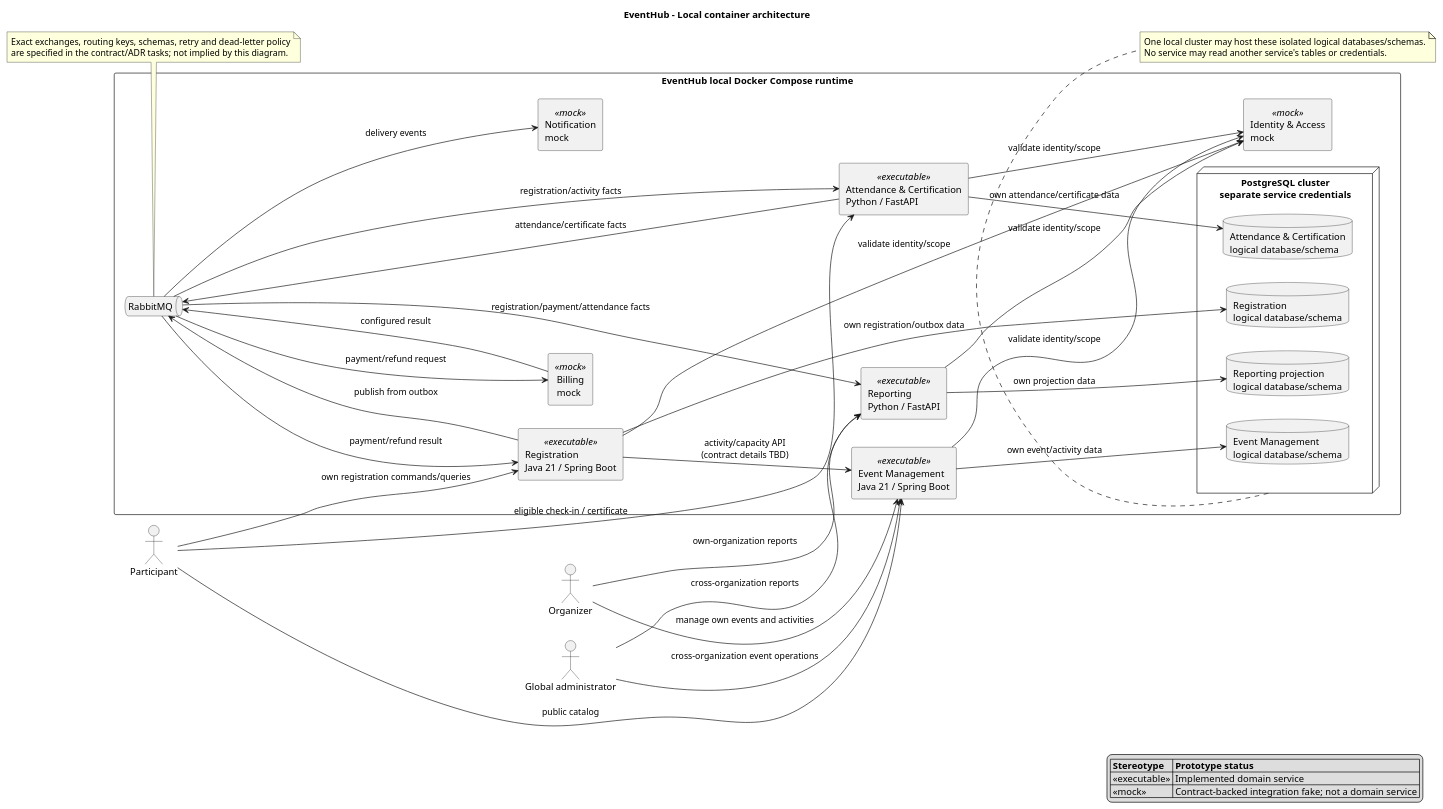
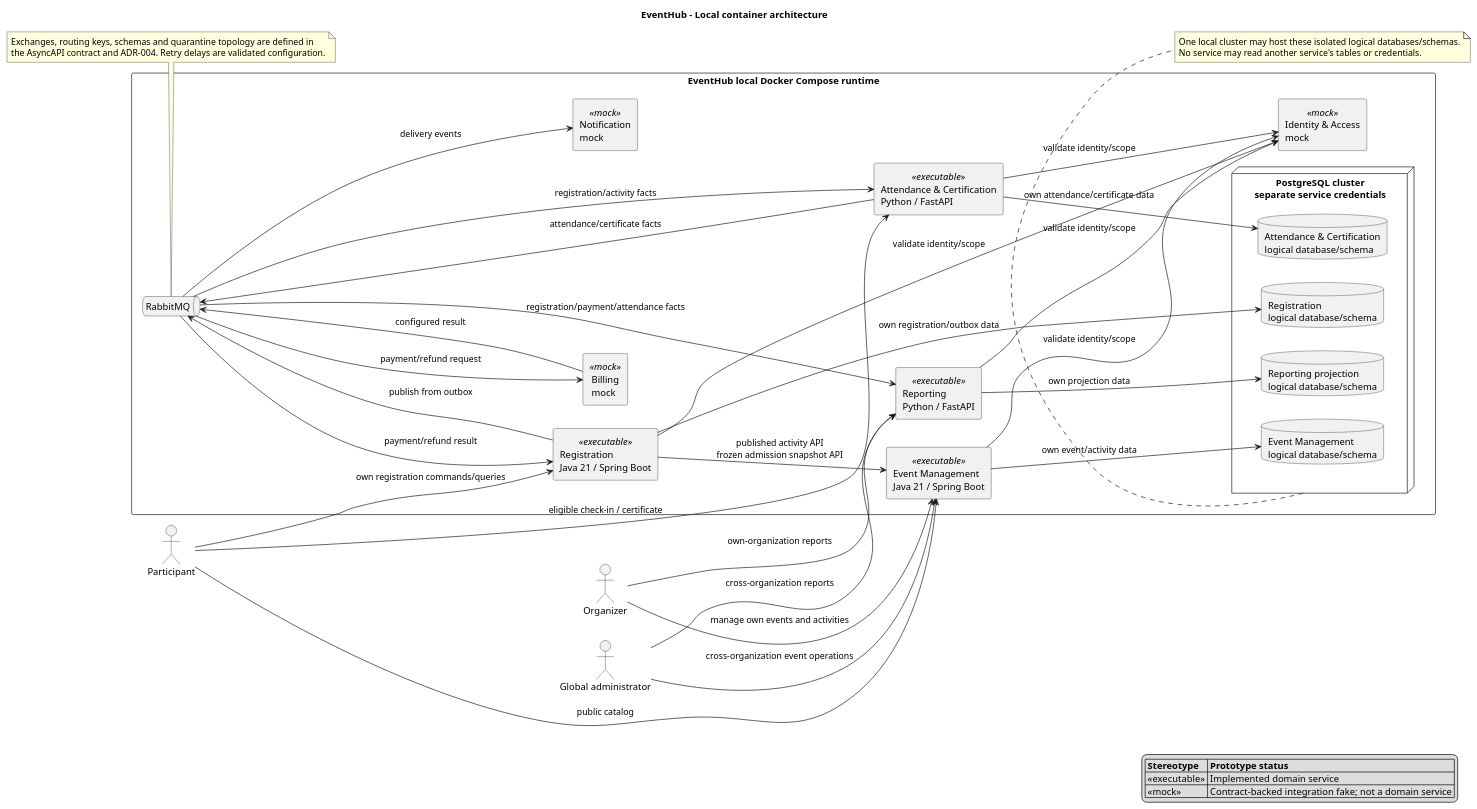
One commit to nosredna123/uece_2026-2_arq_trab2 changed the diagram in docs/architecture/containers.puml. Above: the diagram before and after it, drawn with PlantUML. The commit also changed 9 other files, not shown here.

```diff
--- a/docs/architecture/containers.puml
+++ b/docs/architecture/containers.puml
@@ -1,74 +1,74 @@
 @startuml
 title EventHub - Local container architecture
 left to right direction
 skinparam componentStyle rectangle
 skinparam packageStyle rectangle
 skinparam shadowing false
 
 actor Participant
 actor Organizer
 actor "Global administrator" as GlobalAdmin
 
 rectangle "EventHub local Docker Compose runtime" {
   component "Identity & Access\nmock" as Identity <<mock>>
   component "Event Management\nJava 21 / Spring Boot" as Events <<executable>>
   component "Registration\nJava 21 / Spring Boot" as Registration <<executable>>
   component "Billing\nmock" as Billing <<mock>>
   component "Notification\nmock" as Notification <<mock>>
   component "Attendance & Certification\nPython / FastAPI" as Attendance <<executable>>
   component "Reporting\nPython / FastAPI" as Reporting <<executable>>
 
   queue "RabbitMQ" as RabbitMQ
 
   node "PostgreSQL cluster\nseparate service credentials" as PostgreSQL {
     database "Event Management\nlogical database/schema" as EventData
     database "Registration\nlogical database/schema" as RegistrationData
     database "Attendance & Certification\nlogical database/schema" as AttendanceData
     database "Reporting projection\nlogical database/schema" as ReportingData
   }
 }
 
 Participant --> Events : public catalog
 Participant --> Registration : own registration commands/queries
 Participant --> Attendance : eligible check-in / certificate
 Organizer --> Events : manage own events and activities
 Organizer --> Reporting : own-organization reports
 GlobalAdmin --> Events : cross-organization event operations
 GlobalAdmin --> Reporting : cross-organization reports
 
 Events --> Identity : validate identity/scope
 Registration --> Identity : validate identity/scope
 Attendance --> Identity : validate identity/scope
 Reporting --> Identity : validate identity/scope
 
 Events --> EventData : own event/activity data
 Registration --> RegistrationData : own registration/outbox data
 Attendance --> AttendanceData : own attendance/certificate data
 Reporting --> ReportingData : own projection data
 
-Registration --> Events : activity/capacity API\n(contract details TBD)
+Registration --> Events : published activity API\nfrozen admission snapshot API
 Registration --> RabbitMQ : publish from outbox
 RabbitMQ --> Billing : payment/refund request
 Billing --> RabbitMQ : configured result
 RabbitMQ --> Registration : payment/refund result
 RabbitMQ --> Notification : delivery events
 RabbitMQ --> Attendance : registration/activity facts
 Attendance --> RabbitMQ : attendance/certificate facts
 RabbitMQ --> Reporting : registration/payment/attendance facts
 
 note bottom of PostgreSQL
 One local cluster may host these isolated logical databases/schemas.
 No service may read another service's tables or credentials.
 end note
 
 note bottom of RabbitMQ
-Exact exchanges, routing keys, schemas, retry and dead-letter policy
-are specified in the contract/ADR tasks; not implied by this diagram.
+Exchanges, routing keys, schemas and quarantine topology are defined in
+the AsyncAPI contract and ADR-004. Retry delays are validated configuration.
 end note
 
 legend right
 |= Stereotype |= Prototype status |
 | <<executable>> | Implemented domain service |
 | <<mock>> | Contract-backed integration fake; not a domain service |
 endlegend
 @enduml
```
